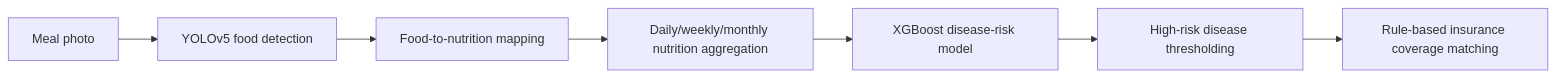
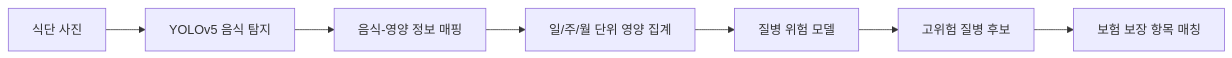
Before and after one commit to scnelMG/EveryHI-food-risk-insurance: the diagram in README.md, drawn with Mermaid. The commit also changed other lines of this file, not shown here.

````diff
--- a/README.md
+++ b/README.md
@@ -42,9 +55,9 @@
 ```mermaid
 flowchart LR
-    A["Meal photo"] --> B["YOLOv5 food detection"]
-    B --> C["Food-to-nutrition mapping"]
-    C --> D["Daily/weekly/monthly nutrition aggregation"]
-    D --> E["XGBoost disease-risk model"]
-    E --> F["High-risk disease thresholding"]
-    F --> G["Rule-based insurance coverage matching"]
+    A["식단 사진"] --> B["YOLOv5 음식 탐지"]
+    B --> C["음식-영양 정보 매핑"]
+    C --> D["일/주/월 단위 영양 집계"]
+    D --> E["질병 위험 모델"]
+    E --> F["고위험 질병 후보"]
+    F --> G["보험 보장 항목 매칭"]
 ```
````
